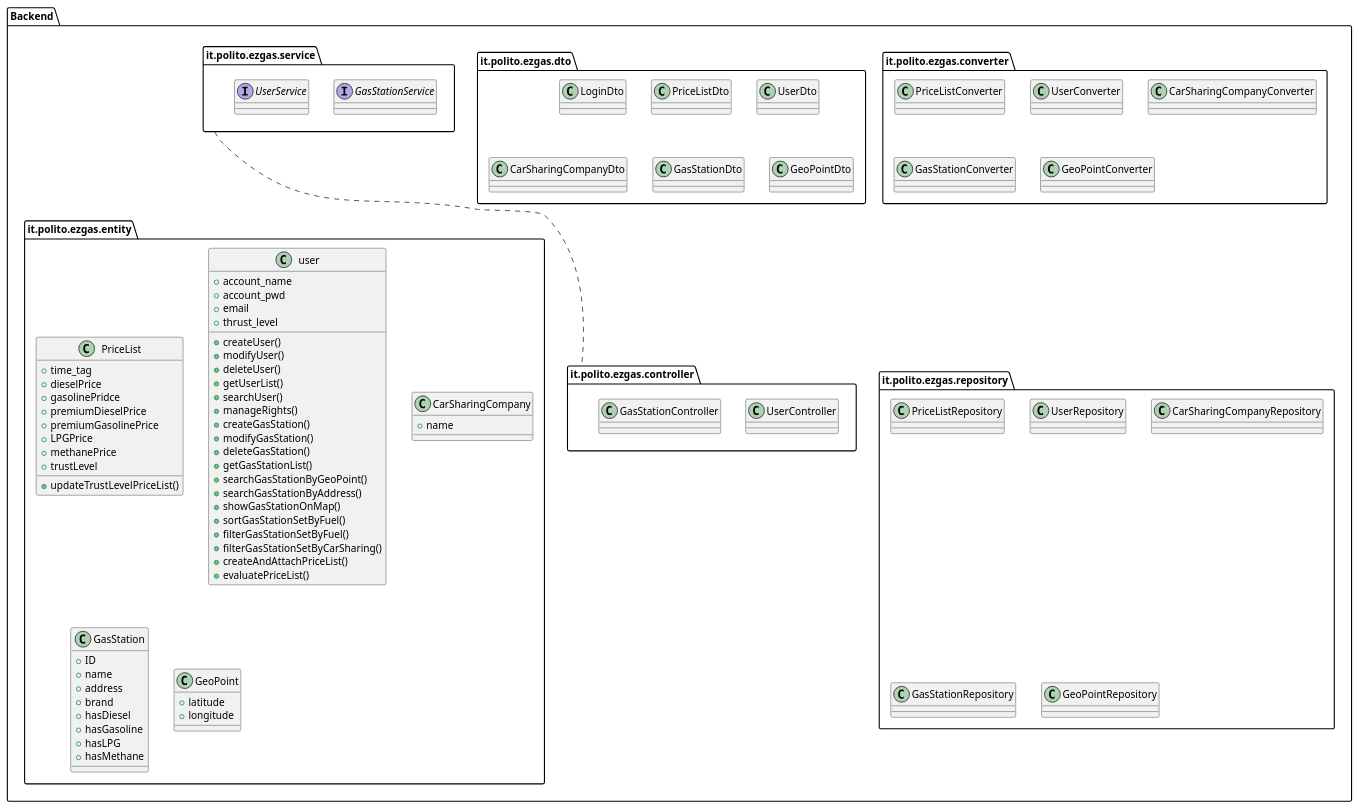
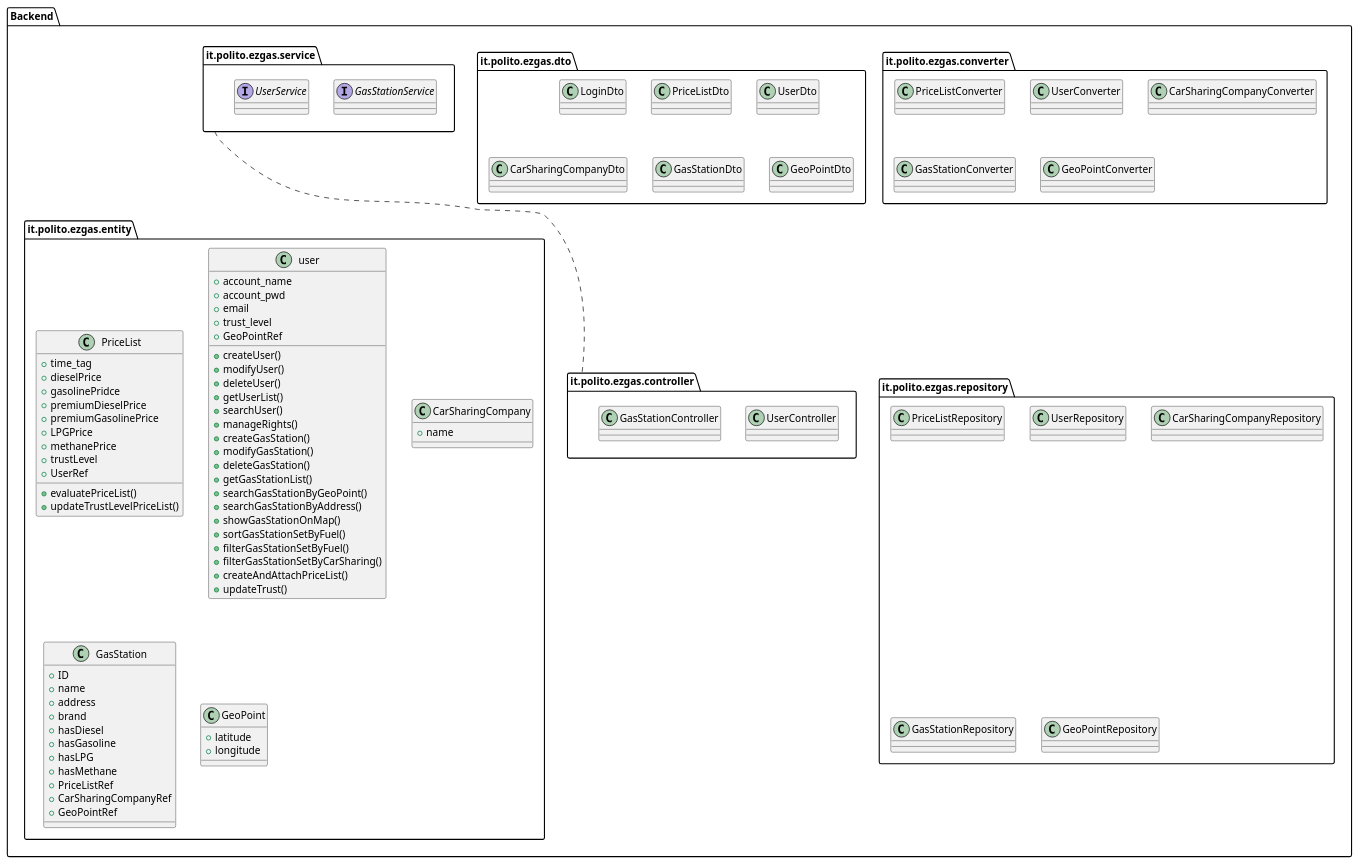
The fourth of 6 diagrams in docs/DesignDocument.md (aureliocirella/se1-ezgas), drawn with PlantUML before and after one commit. The commit also changed other lines of this file, not shown here.

Commit message:
add: sequence diagram scenario 10.1 and UC6, fix: low level design

```diff
--- a/docs/DesignDocument.md
+++ b/docs/DesignDocument.md
@@ -314,6 +314,8 @@
 + LPGPrice
 + methanePrice
 + trustLevel
++ UserRef
++ evaluatePriceList()
 + updateTrustLevelPriceList()
 }
 
@@ -322,7 +324,8 @@
 + account_name
 + account_pwd
 + email
-+ thrust_level
++ trust_level
++ GeoPointRef
 + createUser()
 + modifyUser()
 + deleteUser()
@@ -340,7 +343,7 @@
 + filterGasStationSetByFuel()
 + filterGasStationSetByCarSharing()
 + createAndAttachPriceList()
-+ evaluatePriceList()
++ updateTrust()
 }
 
 class CarSharingCompany {
@@ -356,6 +359,9 @@
 + hasGasoline
 + hasLPG
 + hasMethane
++ PriceListRef
++ CarSharingCompanyRef
++ GeoPointRef
 }
 
 class GeoPoint {
```
